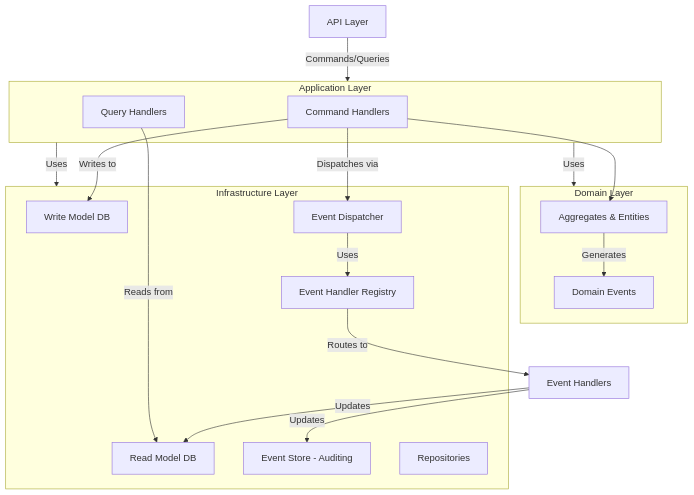
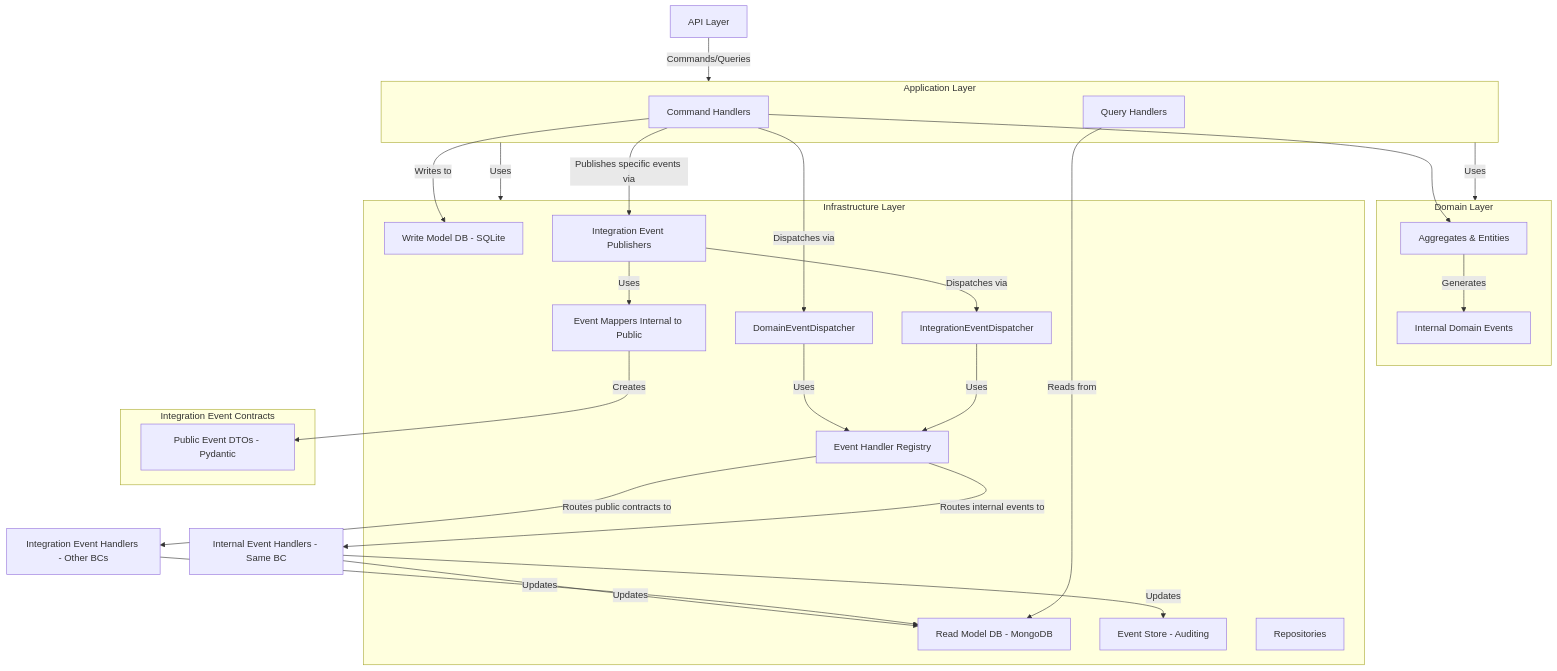
One commit to eliasvelardezft/ecommerce-ddd changed the first of 2 diagrams in README.md. Above: the diagram before and after it, drawn with Mermaid. The commit also changed other lines of this file and 7 other files, not shown here.

````diff
--- a/README.md
+++ b/README.md
@@ -27,35 +33,53 @@
 ```mermaid
 graph TD
     API[API Layer] --> |Commands/Queries| AppLayer[Application Layer]
     AppLayer --> |Uses| DomainLayer[Domain Layer]
     AppLayer --> |Uses| Infra[Infrastructure Layer]
     
     subgraph AppLayer [Application Layer]
-        C[Command Handlers]
-        Q[Query Handlers]
+        CmdHandlers[Command Handlers]
+        QueryHandlers[Query Handlers]
     end
 
     subgraph DomainLayer [Domain Layer]
         Agg[Aggregates & Entities]
-        DomEvents[Domain Events]
+        InternalDomEvents[Internal Domain Events]
     end
     
     subgraph Infra [Infrastructure Layer]
-        WM[Write Model DB]
-        RM[Read Model DB]
-        ED[Event Dispatcher]
-        EHRegistry[Event Handler Registry]
-        EvStore[Event Store - Auditing]
-        Repos[Repositories]
+        WM[Write Model DB - SQLite];
+        RM[Read Model DB - MongoDB];
+        InternalDispatcher[DomainEventDispatcher];
+        IntegrationDispatcher[IntegrationEventDispatcher];
+        IntegrationPublishers[Integration Event Publishers];
+        Mappers[Event Mappers Internal to Public];
+        EventHandlerRegistry[Event Handler Registry];
+        EvStore[Event Store - Auditing];
+        Repos[Repositories];
     end
 
-    C --> Agg
-    Agg -- Generates --> DomEvents
-    C -- Dispatches via --> ED
-    ED -- Uses --> EHRegistry
-    EHRegistry -- Routes to --> Handlers[Event Handlers]
-    Handlers -- Updates --> RM
-    Handlers -- Updates --> EvStore
-    Q -- Reads from --> RM
-    C -- Writes to --> WM
+    subgraph IntegrationContracts [Integration Event Contracts]
+        PublicEvents[Public Event DTOs - Pydantic];
+    end
+
+    CmdHandlers --> Agg
+    Agg -- Generates --> InternalDomEvents
+    CmdHandlers -- Dispatches via --> InternalDispatcher
+    CmdHandlers -- Publishes specific events via --> IntegrationPublishers
+    IntegrationPublishers -- Uses --> Mappers
+    Mappers -- Creates --> PublicEvents
+    IntegrationPublishers -- Dispatches via --> IntegrationDispatcher
+    
+    InternalDispatcher -- Uses --> EventHandlerRegistry
+    IntegrationDispatcher -- Uses --> EventHandlerRegistry
+    
+    EventHandlerRegistry -- Routes internal events to --> InternalHandlers[Internal Event Handlers - Same BC];
+    EventHandlerRegistry -- Routes public contracts to --> IntegrationHandlers[Integration Event Handlers - Other BCs];
+
+    InternalHandlers -- Updates --> RM
+    InternalHandlers -- Updates --> EvStore
+    IntegrationHandlers -- Updates --> RM
+
+    QueryHandlers -- Reads from --> RM
+    CmdHandlers -- Writes to --> WM
 ```
````
